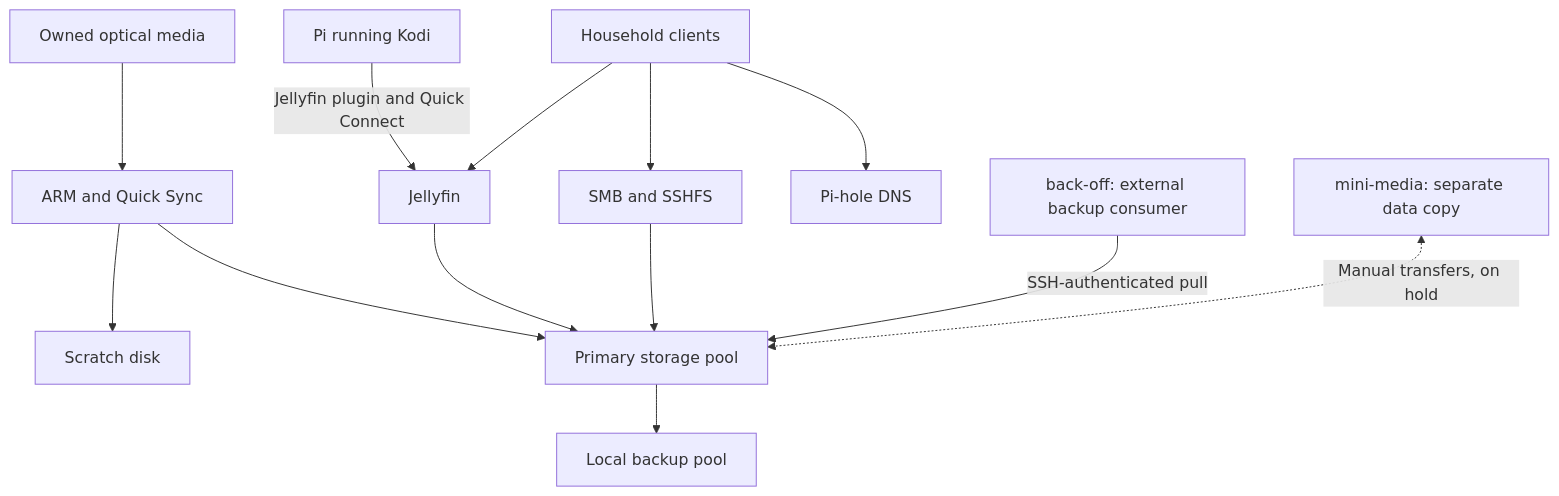
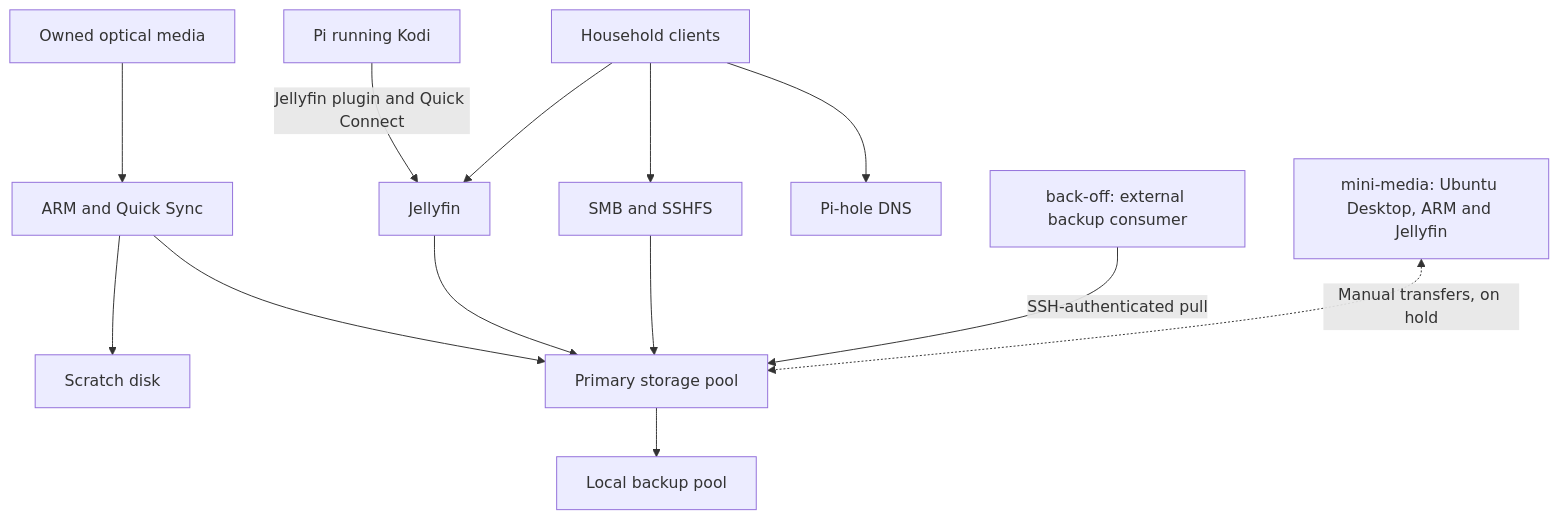
The diagram in README.md (jdwalt/media-machine), drawn with Mermaid before and after one commit. The commit also changed other lines of this file and 10 other files, not shown here.

Commit message:
Clarify mini-media's role and document router-managed DHCP

````diff
--- a/README.md
+++ b/README.md
@@ -45,15 +45,15 @@
 ```mermaid
 flowchart TD
     C["Household clients"] --> J["Jellyfin"]
     C --> F["SMB and SSHFS"]
     C --> D["Pi-hole DNS"]
     O["Owned optical media"] --> A["ARM and Quick Sync"]
     A --> W["Scratch disk"]
     A --> P["Primary storage pool"]
     J --> P
     F --> P
     P --> L["Local backup pool"]
     Z["back-off: external backup consumer"] -->|"SSH-authenticated pull"| P
-    M["mini-media: separate data copy"] <-.->|"Manual transfers, on hold"| P
+    M["mini-media: Ubuntu Desktop, ARM and Jellyfin"] <-.->|"Manual transfers, on hold"| P
     R["Pi running Kodi"] -->|"Jellyfin plugin and Quick Connect"| J
 ```
````
